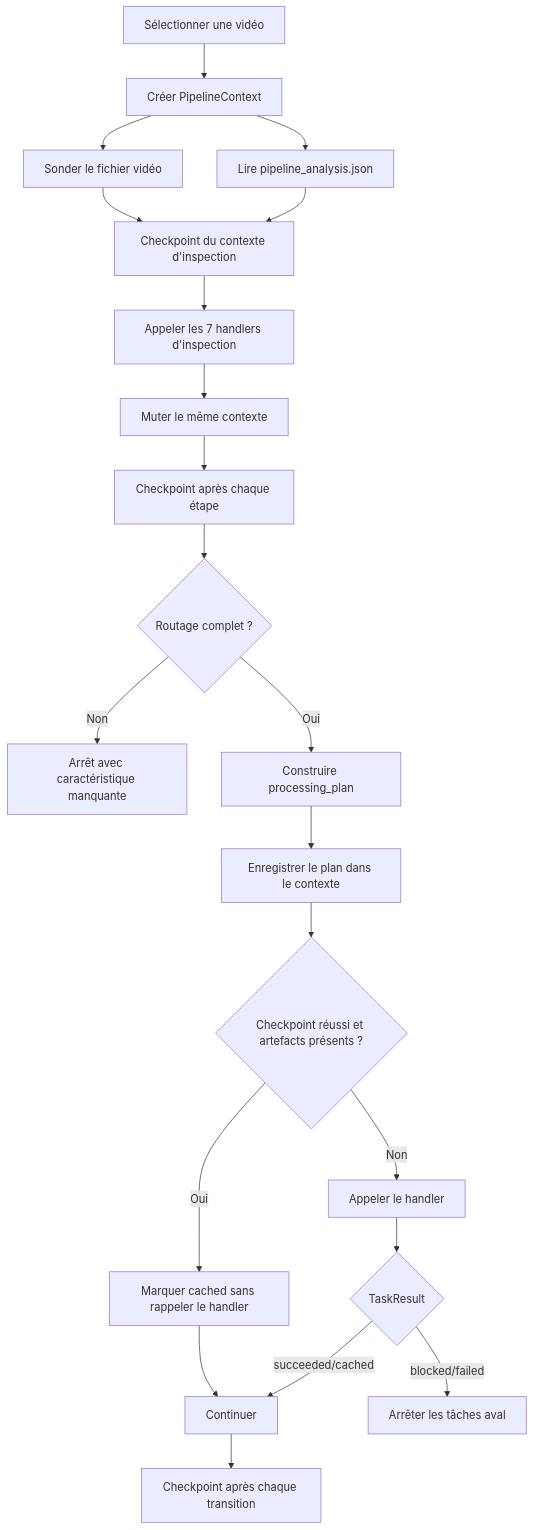
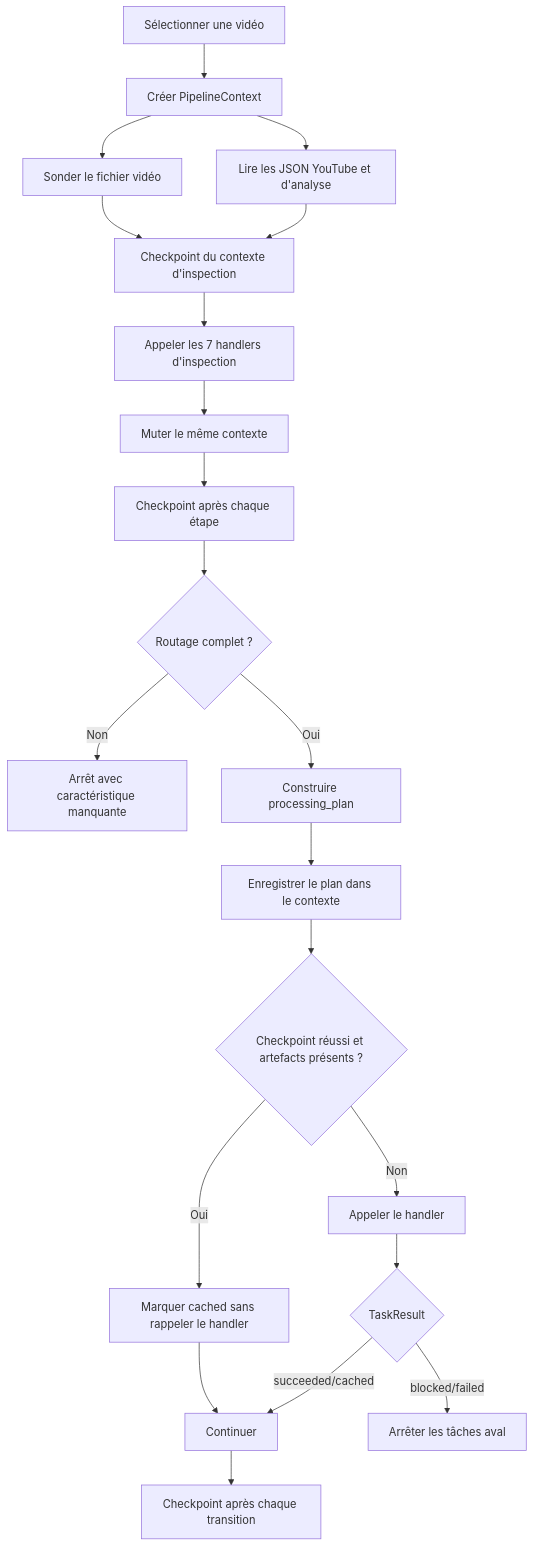
One commit to tangmomb/rag_ionis changed the diagram in README.md. Above: the diagram before and after it, drawn with Mermaid. The commit also changed other lines of this file and 8 other files, not shown here.

Commit message:
fix: source video duration from YouTube metadata

````diff
--- a/README.md
+++ b/README.md
@@ -137,23 +138,23 @@
 ```mermaid
 flowchart TD
     A["Sélectionner une vidéo"] --> B["Créer PipelineContext"]
     B --> C["Sonder le fichier vidéo"]
-    B --> D["Lire pipeline_analysis.json"]
+    B --> D["Lire les JSON YouTube et d'analyse"]
     C --> E["Checkpoint du contexte d'inspection"]
     D --> E
     E --> F["Appeler les 7 handlers d'inspection"]
     F --> G["Muter le même contexte"]
     G --> H["Checkpoint après chaque étape"]
     H --> I{"Routage complet ?"}
     I -- Non --> J["Arrêt avec caractéristique manquante"]
     I -- Oui --> K["Construire processing_plan"]
     K --> L["Enregistrer le plan dans le contexte"]
     L --> M{"Checkpoint réussi et artefacts présents ?"}
     M -- Oui --> N["Marquer cached sans rappeler le handler"]
     M -- Non --> O["Appeler le handler"]
     O --> P{"TaskResult"}
     P -- succeeded/cached --> Q["Continuer"]
     P -- blocked/failed --> R["Arrêter les tâches aval"]
     N --> Q
     Q --> S["Checkpoint après chaque transition"]
 ```
````
